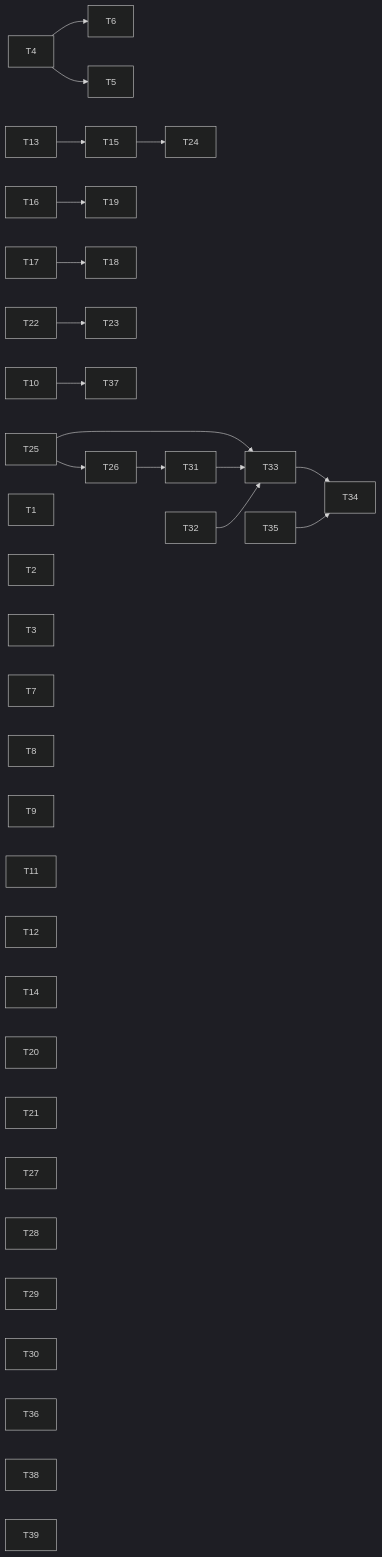
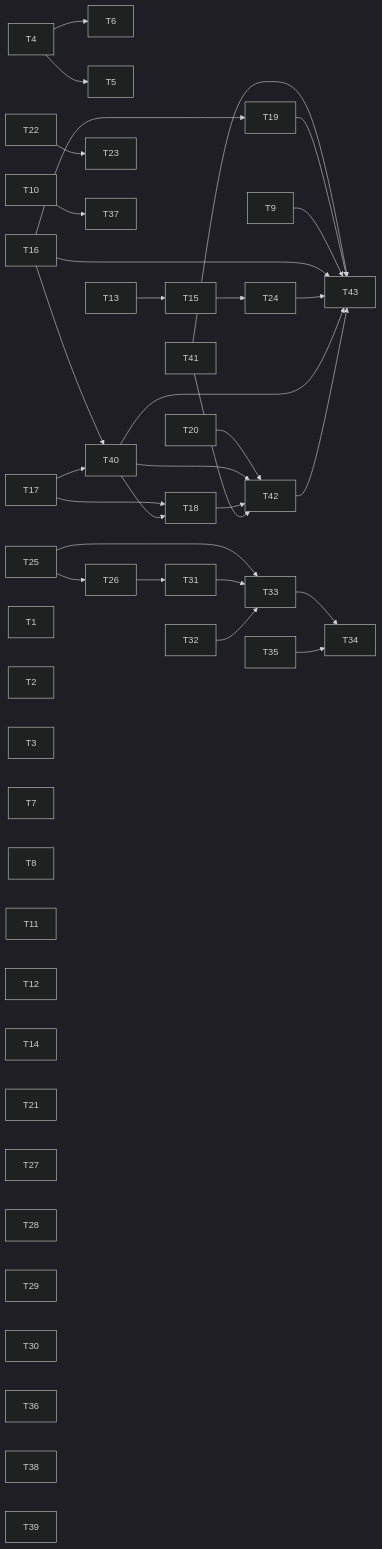
The diagram in planning/specs/round30-fixes.md (liaden/lain), drawn with Mermaid (dark theme) before and after one commit. The commit also changed other lines of this file and 1 other file, not shown here.

````diff
--- a/planning/specs/round30-fixes.md
+++ b/planning/specs/round30-fixes.md
@@ -184,36 +213,48 @@
 ```mermaid
 flowchart LR
   T4 --> T6
   T4 --> T5
   T13 --> T15
   T15 --> T24
   T16 --> T19
   T17 --> T18
   T22 --> T23
   T10 --> T37
   T25 --> T26
   T26 --> T31
   T25 --> T33
   T31 --> T33
   T32 --> T33
   T33 --> T34
   T35 --> T34
+  T16 --> T40
+  T17 --> T40
+  T20 --> T42
+  T40 --> T42
+  T41 --> T43
+  T40 --> T18
+  T18 --> T42
+  T19 --> T43
+  T41 --> T42
+  T9 --> T43
+  T16 --> T43
+  T24 --> T43
+  T40 --> T43
+  T42 --> T43
   T1
   T2
   T3
   T7
   T8
-  T9
   T11
   T12
   T14
-  T20
   T21
   T27
   T28
   T29
   T30
   T36
   T38
   T39
 ```
````
